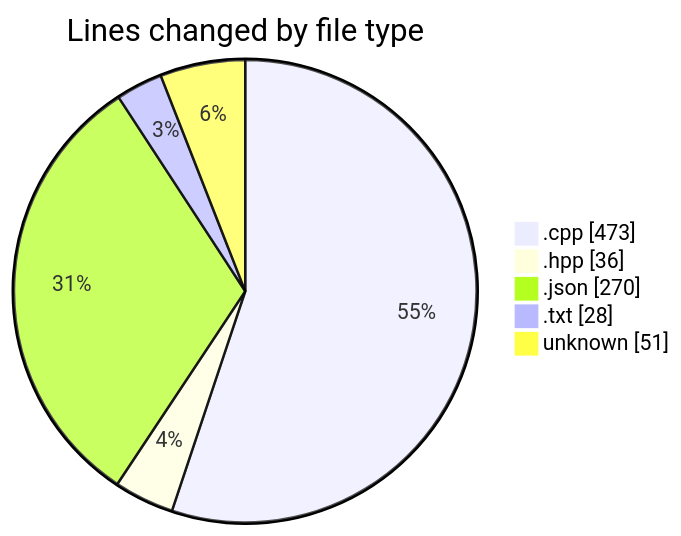
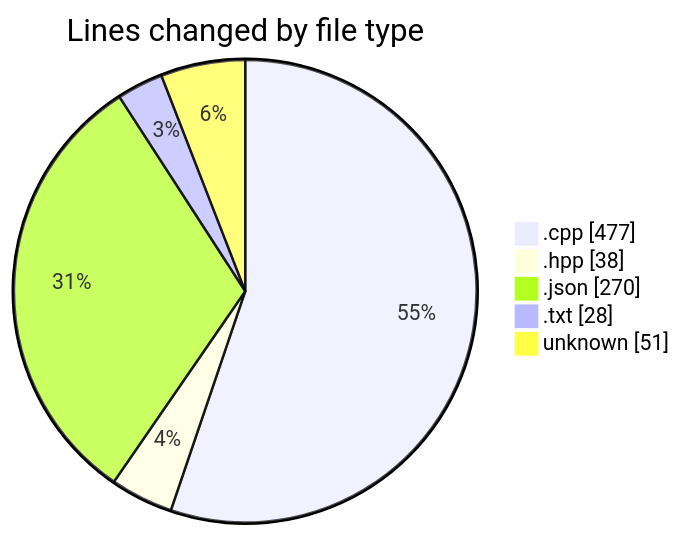
One commit to Netris89/code-tracking changed the first of 2 diagrams in 2025-04-06/echo/README.md. Above: the diagram before and after it, drawn with Mermaid. The commit also changed other lines of this file and 1 other file, not shown here.

````diff
--- a/2025-04-06/echo/README.md
+++ b/2025-04-06/echo/README.md
@@ -25,9 +25,9 @@
 ```mermaid
 pie showData
 title Lines changed by file type
-".cpp" : 473
-".hpp" : 36
+".cpp" : 477
+".hpp" : 38
 ".json" : 270
 ".txt" : 28
 "unknown" : 51
 ```
````
